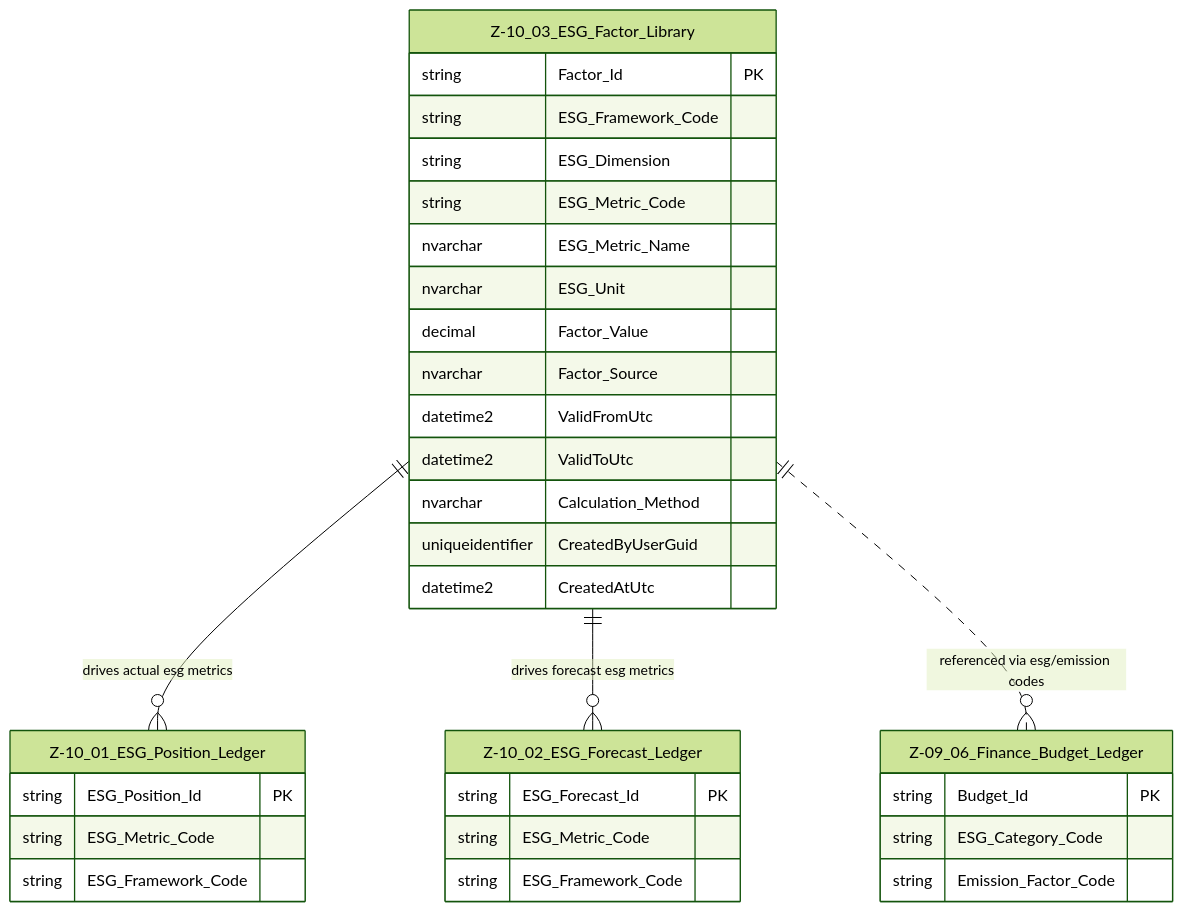
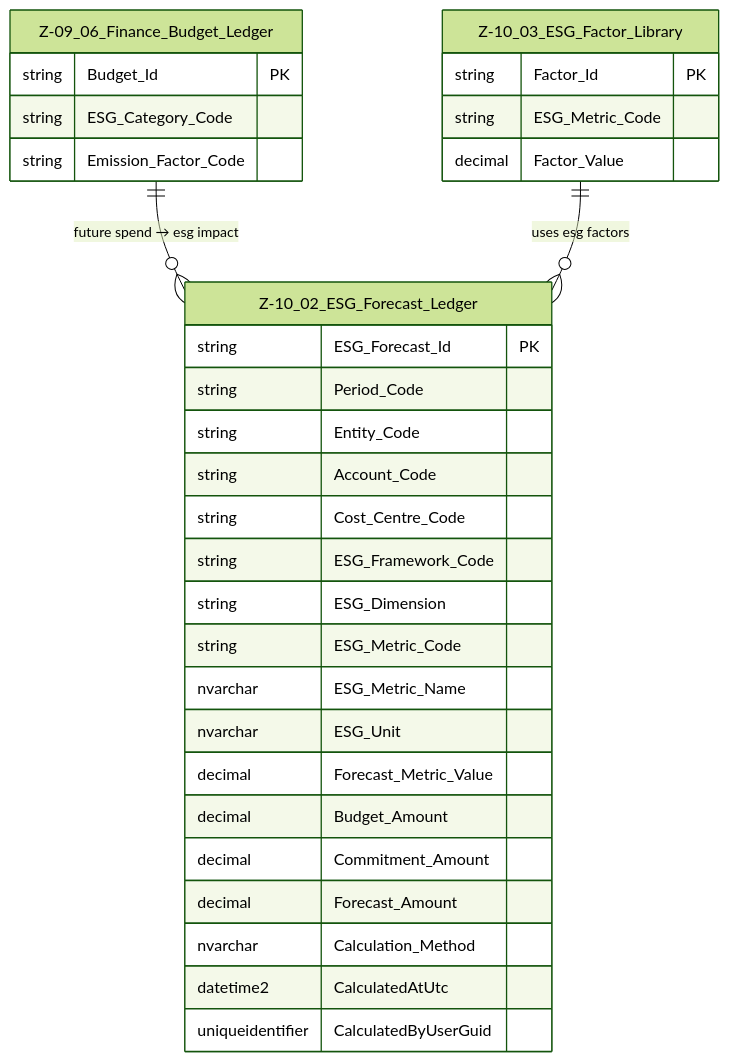
One commit to NeilWP/SUSTINA_CAB changed the diagram in 100 DATA MODELLING/Z- Data Entites/ESG Domain/Z-10.03 ESG_Factor_Library.md. Above: the diagram before and after it, drawn with Mermaid (forest theme). The commit also changed other lines of this file and 4 other files, not shown here.

Commit message:
Updating ERD for ESG Domain

````diff
--- a/100 DATA MODELLING/Z- Data Entites/ESG Domain/Z-10.03 ESG_Factor_Library.md
+++ b/100 DATA MODELLING/Z- Data Entites/ESG Domain/Z-10.03 ESG_Factor_Library.md
@@ -33,52 +41,37 @@
 ```mermaid
 erDiagram
-    %% ===========================
-    %% FOCAL ENTITY
-    %% ===========================
-    Z-10_03_ESG_Factor_Library {
-        string Factor_Id PK
+    Z-10_02_ESG_Forecast_Ledger {
+        string ESG_Forecast_Id PK
+        string Period_Code
+        string Entity_Code
+        string Account_Code
+        string Cost_Centre_Code
         string ESG_Framework_Code
         string ESG_Dimension
         string ESG_Metric_Code
         nvarchar ESG_Metric_Name
         nvarchar ESG_Unit
-        decimal Factor_Value
-        nvarchar Factor_Source
-        datetime2 ValidFromUtc
-        datetime2 ValidToUtc
+        decimal Forecast_Metric_Value
+        decimal Budget_Amount
+        decimal Commitment_Amount
+        decimal Forecast_Amount
         nvarchar Calculation_Method
-        uniqueidentifier CreatedByUserGuid
-        datetime2 CreatedAtUtc
+        datetime2 CalculatedAtUtc
+        uniqueidentifier CalculatedByUserGuid
     }
 
-    %% ===========================
-    %% DIRECT ESG CONSUMERS
-    %% ===========================
-    Z-10_01_ESG_Position_Ledger {
-        string ESG_Position_Id PK
-        string ESG_Metric_Code
-        string ESG_Framework_Code
-    }
-
-    Z-10_02_ESG_Forecast_Ledger {
-        string ESG_Forecast_Id PK
-        string ESG_Metric_Code
-        string ESG_Framework_Code
-    }
-
-    %% ===========================
-    %% FINANCE-ESG BRIDGE (BUDGET)
-    %% ===========================
     Z-09_06_Finance_Budget_Ledger {
         string Budget_Id PK
         string ESG_Category_Code
         string Emission_Factor_Code
     }
 
-    %% ===========================
-    %% RELATIONSHIPS (ONE TIER)
-    %% ===========================
-    Z-10_03_ESG_Factor_Library ||--o{ Z-10_01_ESG_Position_Ledger : "drives actual esg metrics"
-    Z-10_03_ESG_Factor_Library ||--o{ Z-10_02_ESG_Forecast_Ledger : "drives forecast esg metrics"
-    Z-10_03_ESG_Factor_Library ||..o{ Z-09_06_Finance_Budget_Ledger : "referenced via esg/emission codes"
+    Z-10_03_ESG_Factor_Library {
+        string Factor_Id PK
+        string ESG_Metric_Code
+        decimal Factor_Value
+    }
+
+    Z-09_06_Finance_Budget_Ledger ||--o{ Z-10_02_ESG_Forecast_Ledger : "future spend → esg impact"
+    Z-10_03_ESG_Factor_Library ||--o{ Z-10_02_ESG_Forecast_Ledger : "uses esg factors"
 ```
````
